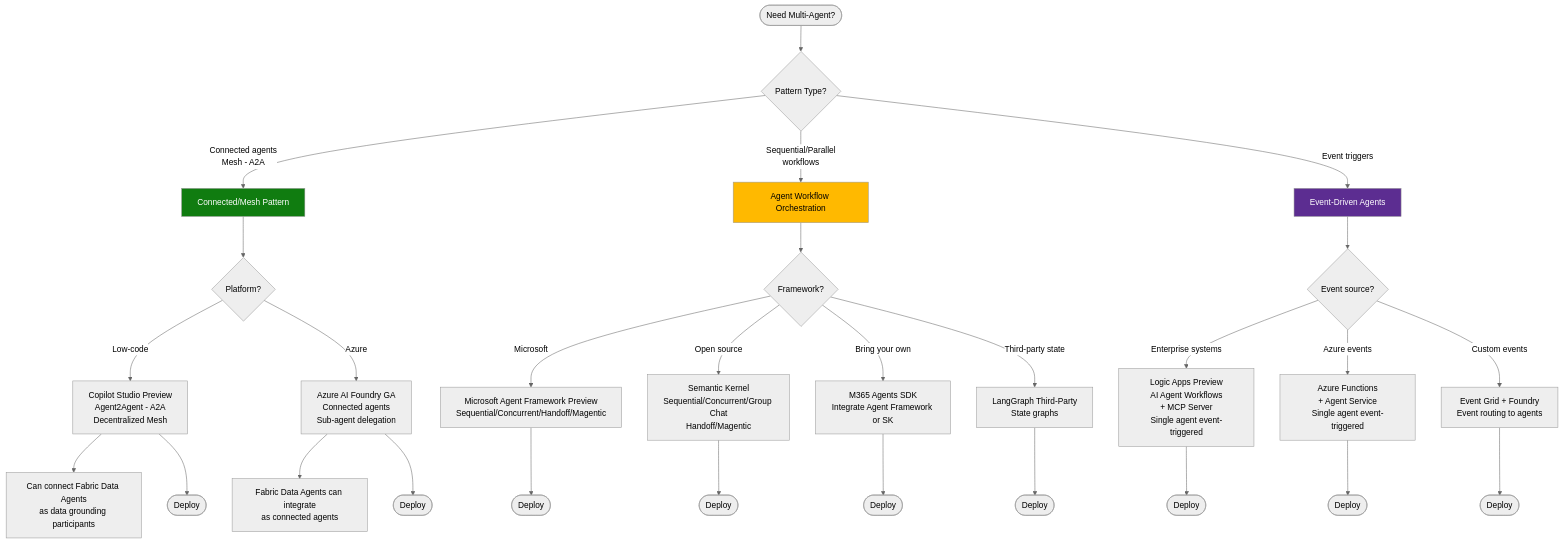
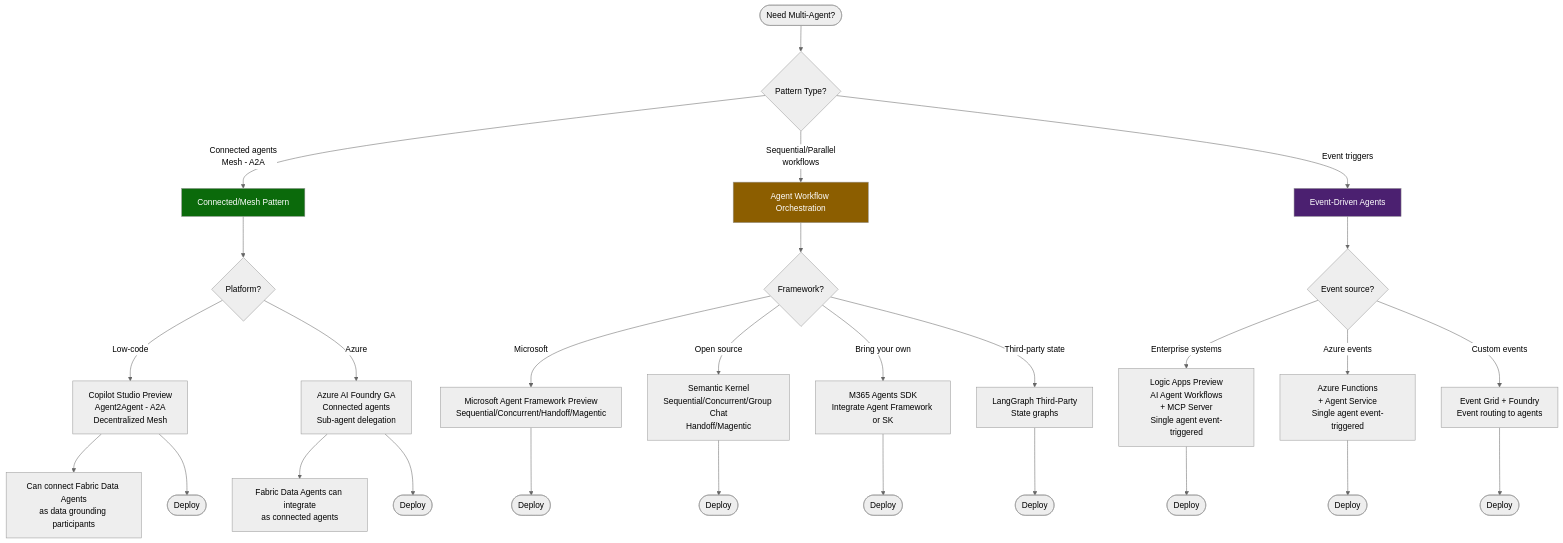
Before and after one commit to microsoft/Microsoft-AI-Decision-Framework: the seventh of 8 diagrams in docs/visual-framework.md, drawn with Mermaid (neutral theme). The commit also changed other lines of this file and 11 other files, not shown here.

Commit message:
docs: refresh devcontainer guidance and mermaid palette

````diff
--- a/docs/visual-framework.md
+++ b/docs/visual-framework.md
@@ -661,40 +661,40 @@
 ```mermaid
 flowchart TD
     Start([Need Multi-Agent?]) --> Q1{Pattern Type?}
     
     Q1 -->|Connected agents<br/>Mesh - A2A| Connected[Connected/Mesh Pattern]
     Q1 -->|Sequential/Parallel<br/>workflows| Workflows[Agent Workflow Orchestration]
     Q1 -->|Event triggers| EventDriven[Event-Driven Agents]
     
     Connected --> C_Platform{Platform?}
     C_Platform -->|Low-code| C_Studio[Copilot Studio Preview<br/>Agent2Agent - A2A<br/>Decentralized Mesh]
     C_Platform -->|Azure| C_Foundry[Azure AI Foundry GA<br/>Connected agents<br/>Sub-agent delegation]
     
     Workflows --> W_Framework{Framework?}
     W_Framework -->|Microsoft| W_AgentFW[Microsoft Agent Framework Preview<br/>Sequential/Concurrent/Handoff/Magentic]
     W_Framework -->|Open source| W_SK[Semantic Kernel<br/>Sequential/Concurrent/Group Chat<br/>Handoff/Magentic]
     W_Framework -->|Bring your own| W_SDK[M365 Agents SDK<br/>Integrate Agent Framework or SK]
     W_Framework -->|Third-party state| W_LangGraph[LangGraph Third-Party<br/>State graphs]
     
     EventDriven --> E_Type{Event source?}
     E_Type -->|Enterprise systems| E_Logic[Logic Apps Preview<br/>AI Agent Workflows<br/>+ MCP Server<br/>Single agent event-triggered]
     E_Type -->|Azure events| E_Functions[Azure Functions<br/>+ Agent Service<br/>Single agent event-triggered]
     E_Type -->|Custom events| E_Custom[Event Grid + Foundry<br/>Event routing to agents]
     
     C_Studio --> Note1[Can connect Fabric Data Agents<br/>as data grounding participants]
     C_Foundry --> Note2[Fabric Data Agents can integrate<br/>as connected agents]
     
     C_Studio --> Deploy1([Deploy])
     C_Foundry --> Deploy2([Deploy])
     W_AgentFW --> Deploy3([Deploy])
     W_SK --> Deploy4([Deploy])
     W_SDK --> Deploy5([Deploy])
     W_LangGraph --> Deploy6([Deploy])
     E_Logic --> Deploy7([Deploy])
     E_Functions --> Deploy8([Deploy])
     E_Custom --> Deploy9([Deploy])
     
-    style Connected fill:#107C10,color:#fff
-    style Workflows fill:#FFB900,color:#000
-    style EventDriven fill:#5C2D91,color:#fff
+    style Connected fill:#0b6a0b,color:#fff
+    style Workflows fill:#8c5e00,color:#fff
+    style EventDriven fill:#4b2070,color:#fff
 ```
````
